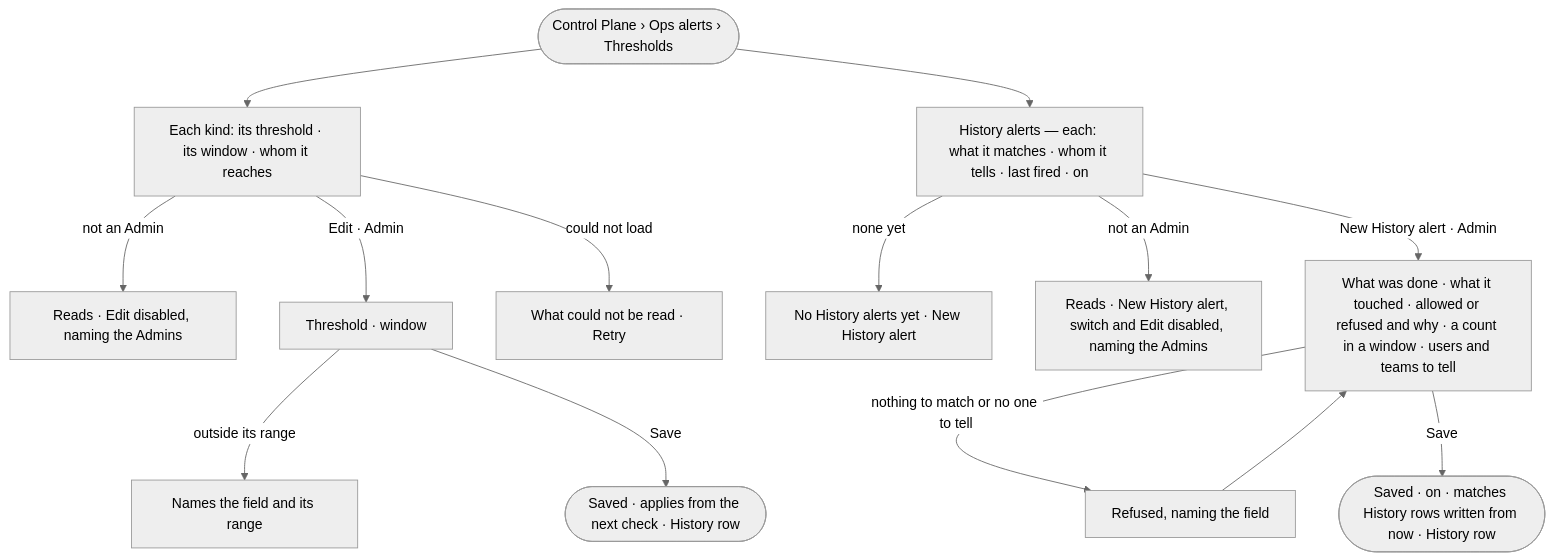
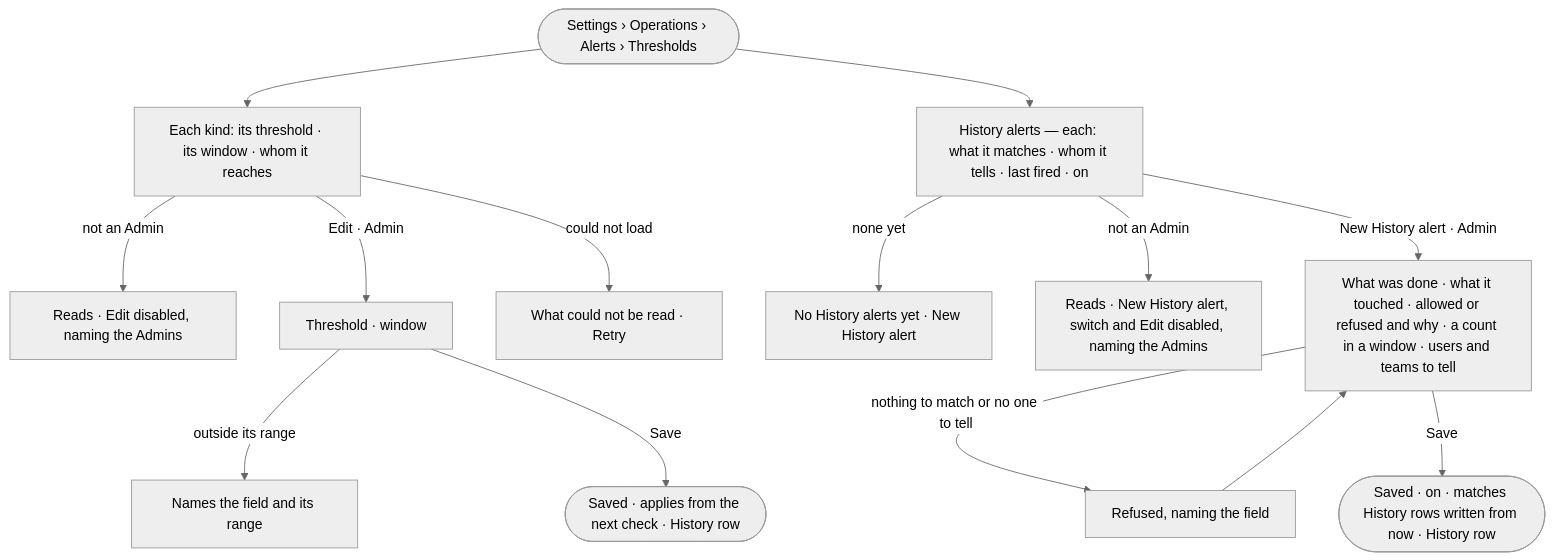
One commit to invana/invana changed the diagram in specs/os/control/features/CP-F11-ops-alerting/stories/CP-60-tune-when-ops-alerts-fire/story.md. Above: the diagram before and after it, drawn with Mermaid (neutral theme). The commit also changed 106 other files, not shown here.

````diff
--- a/specs/os/control/features/CP-F11-ops-alerting/stories/CP-60-tune-when-ops-alerts-fire/story.md
+++ b/specs/os/control/features/CP-F11-ops-alerting/stories/CP-60-tune-when-ops-alerts-fire/story.md
@@ -27,15 +27,15 @@
 ```mermaid
 flowchart TD
-  s([Control Plane › Ops alerts › Thresholds]) --> l["Each kind: its threshold · its window · whom it reaches"]
+  s([Settings › Operations › Alerts › Thresholds]) --> l["Each kind: its threshold · its window · whom it reaches"]
   l -->|not an Admin| ro["Reads · Edit disabled, naming the Admins"]
   l -->|Edit · Admin| e["Threshold · window"]
   e -->|outside its range| r["Names the field and its range"]
   e -->|Save| ok(["Saved · applies from the next check · History row"])
   l -->|could not load| f["What could not be read · Retry"]
   s --> h["History alerts — each: what it matches · whom it tells · last fired · on"]
   h -->|none yet| he["No History alerts yet · New History alert"]
   h -->|not an Admin| hro["Reads · New History alert, switch and Edit disabled, naming the Admins"]
   h -->|New History alert · Admin| hn["What was done · what it touched · allowed or refused and why · a count in a window · users and teams to tell"]
   hn -->|nothing to match or no one to tell| hx["Refused, naming the field"] --> hn
   hn -->|Save| hok(["Saved · on · matches History rows written from now · History row"])
 ```
````
